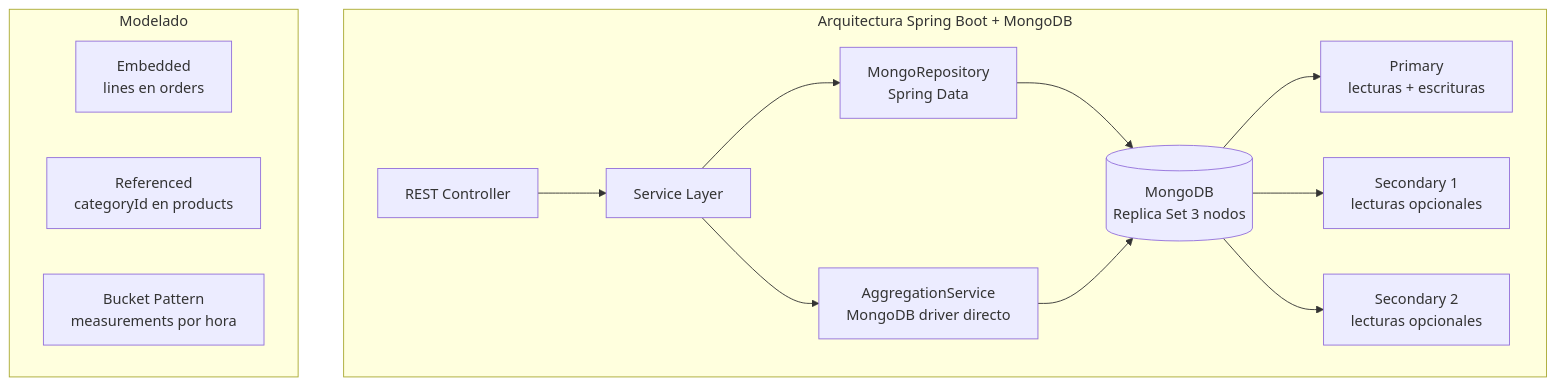
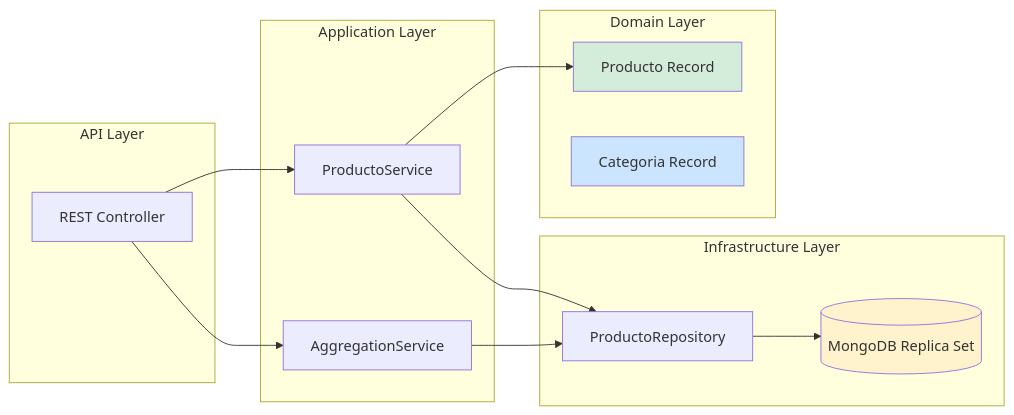
Before and after one commit to Joaquinriosheredia/DAM-Java-Mastery: the second of 5 diagrams in 04_Bases_de_Datos/mongodb_con_java_21_modelado_de_documentos_y_agregaciones_avanzadas_STAFF.md, drawn with Mermaid. The commit also changed other lines of this file, not shown here.

Commit message:
mongodb_con_java_21_modelado_de_documentos_y_agregaciones_avanzadas_STAFF.md

````diff
--- a/04_Bases_de_Datos/mongodb_con_java_21_modelado_de_documentos_y_agregaciones_avanzadas_STAFF.md
+++ b/04_Bases_de_Datos/mongodb_con_java_21_modelado_de_documentos_y_agregaciones_avanzadas_STAFF.md
@@ -150,19 +114,32 @@
 ```mermaid
-graph TD
-    subgraph "Arquitectura Spring Boot + MongoDB"
-        API[REST Controller] --> SVC[Service Layer]
-        SVC --> REPO[MongoRepository\nSpring Data]
-        SVC --> AGG[AggregationService\nMongoDB driver directo]
-        REPO --> MONGO[(MongoDB\nReplica Set 3 nodos)]
-        AGG --> MONGO
-        MONGO --> PRIMARY[Primary\nlecturas + escrituras]
-        MONGO --> SEC1[Secondary 1\nlecturas opcionales]
-        MONGO --> SEC2[Secondary 2\nlecturas opcionales]
+graph LR
+    subgraph "API Layer"
+        CTRL[REST Controller]
     end
-
-    subgraph "Modelado"
-        EMBED[Embedded\nlines en orders]
-        REF[Referenced\ncategoryId en products]
-        BUCKET[Bucket Pattern\nmeasurements por hora]
+    
+    subgraph "Application Layer"
+        SVC[ProductoService]
+        AGG[AggregationService]
     end
+    
+    subgraph "Domain Layer"
+        PROD[Producto Record]
+        CAT[Categoria Record]
+    end
+    
+    subgraph "Infrastructure Layer"
+        REPO[ProductoRepository]
+        MONGO[(MongoDB Replica Set)]
+    end
+    
+    CTRL --> SVC
+    CTRL --> AGG
+    SVC --> PROD
+    SVC --> REPO
+    AGG --> REPO
+    REPO --> MONGO
+    
+    style PROD fill:#d4edda
+    style CAT fill:#cce5ff
+    style MONGO fill:#fff3cd
 ```
````
